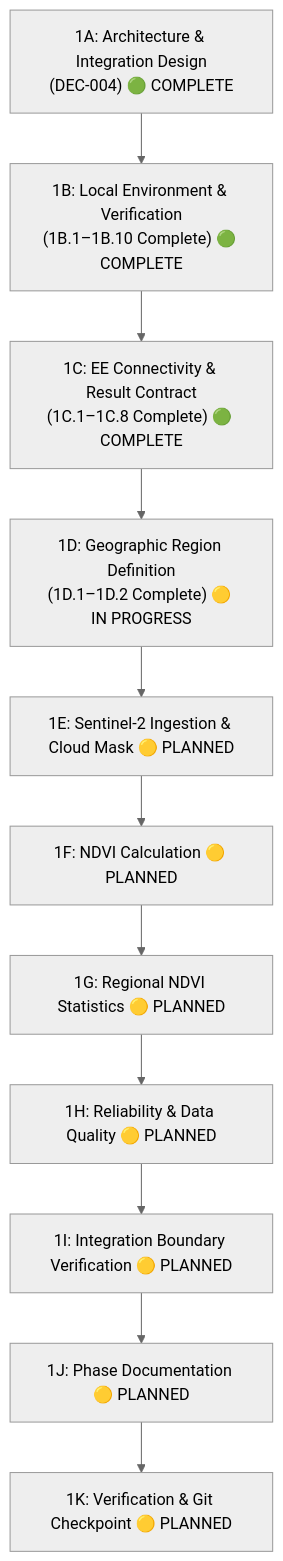
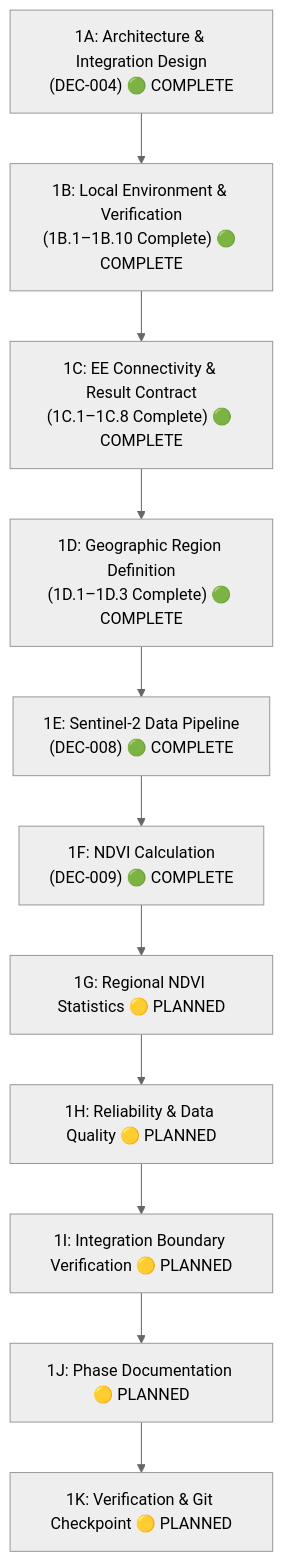
One commit to Kushagra-Dixit-0906/bharatsahayak-v2 changed the diagram in docs/phases/PHASE_01_EARTH_ENGINE_FOUNDATION.md. Above: the diagram before and after it, drawn with Mermaid (neutral theme). The commit also changed other lines of this file and 7 other files, not shown here.

Commit message:
build: complete Phase 1F NDVI calculation

````diff
--- a/docs/phases/PHASE_01_EARTH_ENGINE_FOUNDATION.md
+++ b/docs/phases/PHASE_01_EARTH_ENGINE_FOUNDATION.md
@@ -81,13 +91,13 @@
 ```mermaid
 graph TD
     S1A["1A: Architecture & Integration Design\n(DEC-004) 🟢 COMPLETE"] --> S1B["1B: Local Environment & Verification\n(1B.1–1B.10 Complete) 🟢 COMPLETE"]
     S1B --> S1C["1C: EE Connectivity & Result Contract\n(1C.1–1C.8 Complete) 🟢 COMPLETE"]
-    S1C --> S1D["1D: Geographic Region Definition\n(1D.1–1D.2 Complete) 🟡 IN PROGRESS"]
-    S1D --> S1E["1E: Sentinel-2 Ingestion & Cloud Mask 🟡 PLANNED"]
-    S1E --> S1F["1F: NDVI Calculation 🟡 PLANNED"]
+    S1C --> S1D["1D: Geographic Region Definition\n(1D.1–1D.3 Complete) 🟢 COMPLETE"]
+    S1D --> S1E["1E: Sentinel-2 Data Pipeline\n(DEC-008) 🟢 COMPLETE"]
+    S1E --> S1F["1F: NDVI Calculation\n(DEC-009) 🟢 COMPLETE"]
     S1F --> S1G["1G: Regional NDVI Statistics 🟡 PLANNED"]
     S1G --> S1H["1H: Reliability & Data Quality 🟡 PLANNED"]
     S1H --> S1I["1I: Integration Boundary Verification 🟡 PLANNED"]
     S1I --> S1J["1J: Phase Documentation 🟡 PLANNED"]
     S1J --> S1K["1K: Verification & Git Checkpoint 🟡 PLANNED"]
 ```
````
